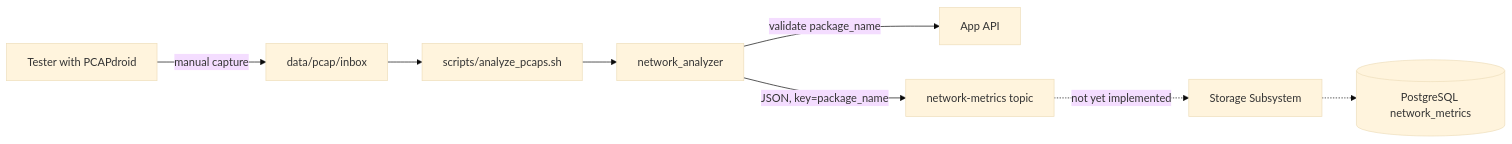
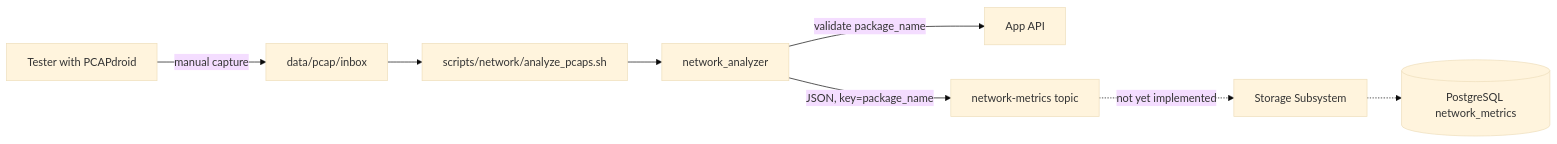
Before and after one commit to PayamDivsalar/PlayPulse: the diagram in network_analyzer/README.md, drawn with Mermaid (base theme). The commit also changed other lines of this file and 16 other files, not shown here.

First line of the commit message:
chore(scripts): group ops helpers into infra, verify, network, and reports

````diff
--- a/network_analyzer/README.md
+++ b/network_analyzer/README.md
@@ -29,10 +29,10 @@
 ```mermaid
 flowchart LR
     Tester[Tester with PCAPdroid] -->|manual capture| Inbox[data/pcap/inbox]
-    Inbox --> Script[scripts/analyze_pcaps.sh]
+    Inbox --> Script[scripts/network/analyze_pcaps.sh]
     Script --> Analyzer[network_analyzer]
     Analyzer -->|validate package_name| AppAPI[App API]
     Analyzer -->|"JSON, key=package_name"| Topic[network-metrics topic]
     Topic -.->|not yet implemented| Consumer[Storage Subsystem]
     Consumer -.-> PG[(PostgreSQL network_metrics)]
 ```
````
